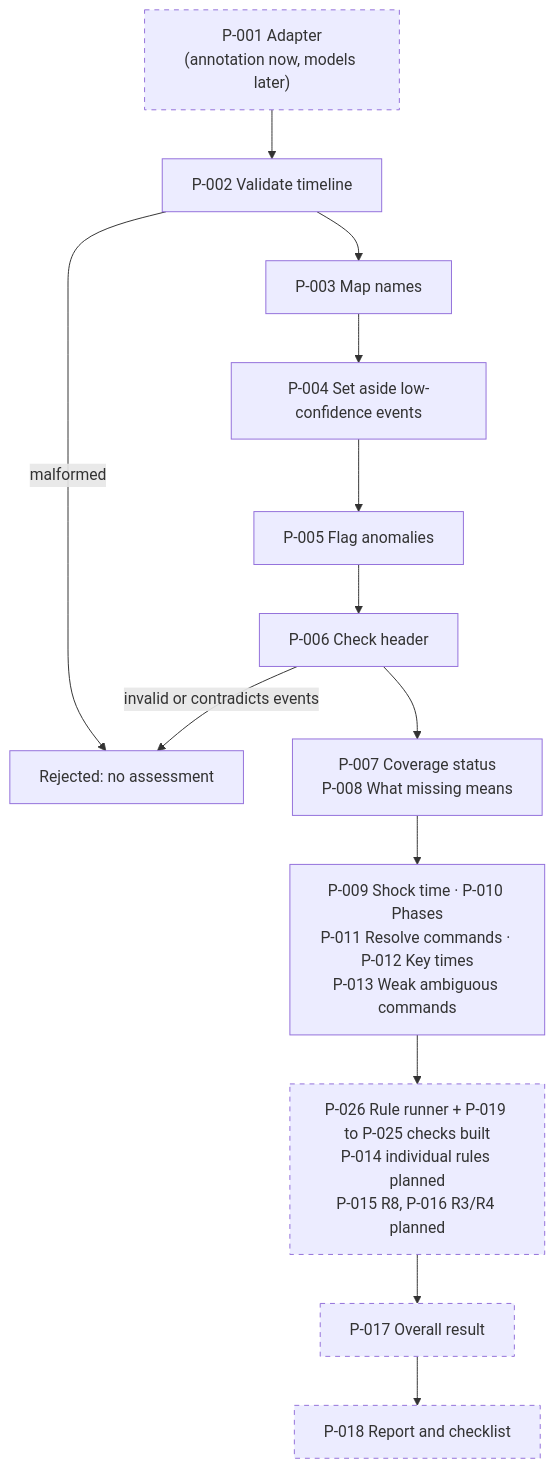
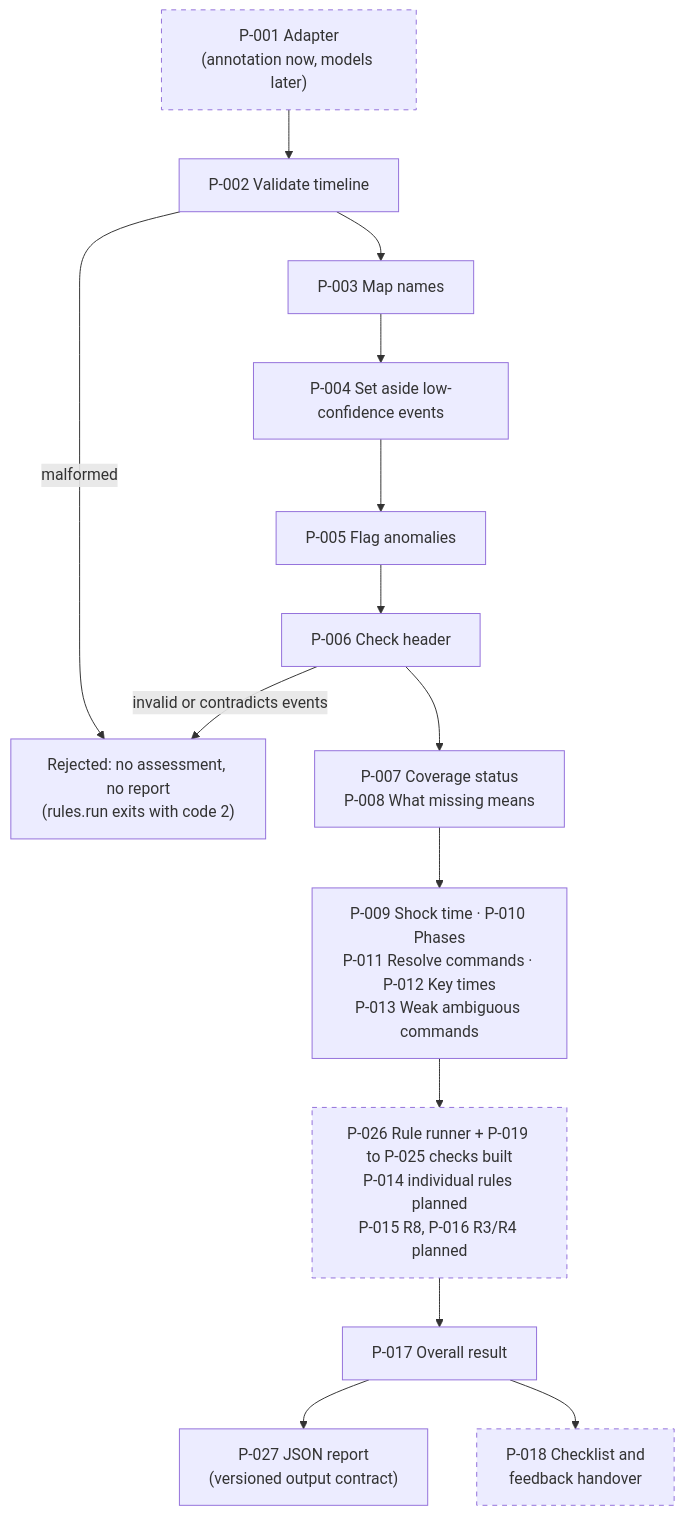
One commit to ananthu65/defibrillator_research changed the second of 8 diagrams in docs/rule_engine/diagrams.md. Above: the diagram before and after it, drawn with Mermaid. The commit also changed other lines of this file and 18 other files, not shown here.

````diff
--- a/docs/rule_engine/diagrams.md
+++ b/docs/rule_engine/diagrams.md
@@ -35,21 +35,23 @@
 ```mermaid
 flowchart TD
     A["P-001 Adapter<br/>(annotation now, models later)"]:::planned
     B["P-002 Validate timeline"]
     C["P-003 Map names"]
     D["P-004 Set aside low-confidence events"]
     E["P-005 Flag anomalies"]
     F["P-006 Check header"]
     G["P-007 Coverage status<br/>P-008 What missing means"]
     H["P-009 Shock time · P-010 Phases<br/>P-011 Resolve commands · P-012 Key times<br/>P-013 Weak ambiguous commands"]
     I["P-026 Rule runner + P-019 to P-025 checks built<br/>P-014 individual rules planned<br/>P-015 R8, P-016 R3/R4 planned"]:::planned
-    J["P-017 Overall result"]:::planned
-    K["P-018 Report and checklist"]:::planned
-    X["Rejected: no assessment"]
+    J["P-017 Overall result"]
+    K["P-027 JSON report<br/>(versioned output contract)"]
+    L["P-018 Checklist and<br/>feedback handover"]:::planned
+    X["Rejected: no assessment, no report<br/>(rules.run exits with code 2)"]
     A --> B
     B -->|malformed| X
     B --> C --> D --> E --> F
     F -->|invalid or contradicts events| X
     F --> G --> H --> I --> J --> K
+    J --> L
     classDef planned stroke-dasharray: 5 5
 ```
````
